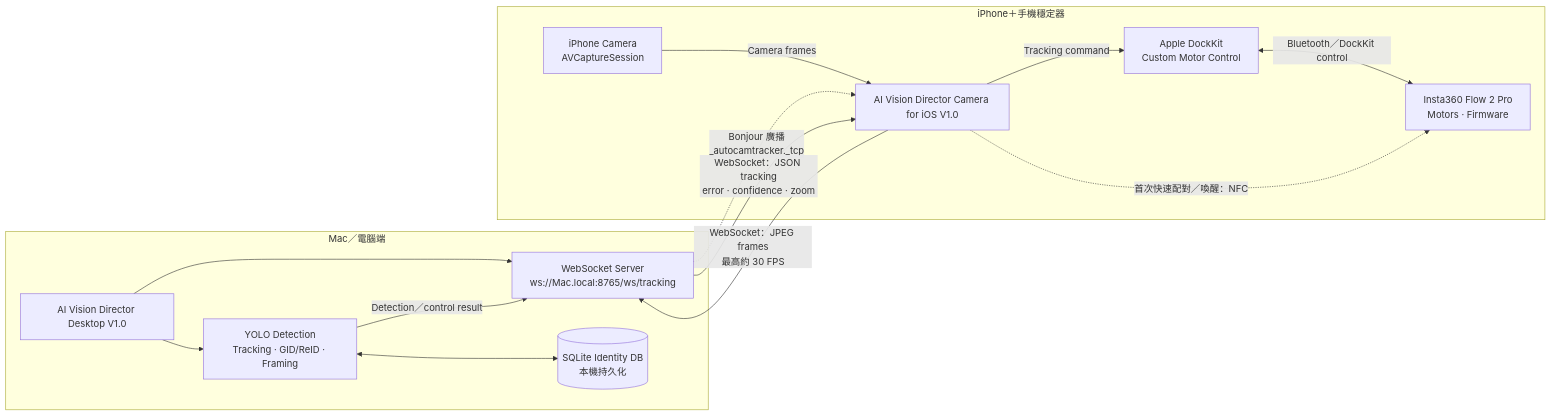
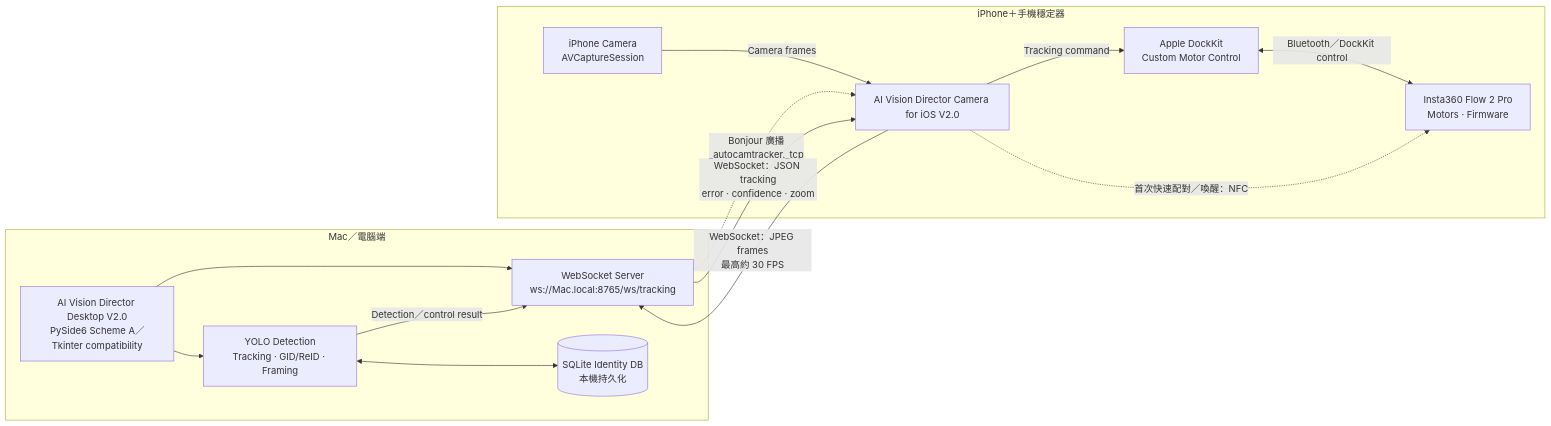
One commit to LN-676/AI-Vision-Director changed the first of 3 diagrams in README.md. Above: the diagram before and after it, drawn with Mermaid. The commit also changed other lines of this file and 10 other files, not shown here.

Commit message:
release: AI Vision Director V2.0

````diff
--- a/README.md
+++ b/README.md
@@ -22,30 +22,30 @@
 ```mermaid
 flowchart LR
     subgraph COMPUTER["Mac／電腦端"]
-        DESKTOP["AI Vision Director Desktop V1.0"]
+        DESKTOP["AI Vision Director Desktop V2.0<br/>PySide6 Scheme A／Tkinter compatibility"]
         SERVER["WebSocket Server<br/>ws://Mac.local:8765/ws/tracking"]
         AI["YOLO Detection<br/>Tracking · GID/ReID · Framing"]
         DB[("SQLite Identity DB<br/>本機持久化")]
 
         DESKTOP --> SERVER
         DESKTOP --> AI
         AI <--> DB
     end
 
     subgraph MOBILE["iPhone＋手機穩定器"]
-        IOS["AI Vision Director Camera for iOS V1.0"]
+        IOS["AI Vision Director Camera for iOS V2.0"]
         CAMERA["iPhone Camera<br/>AVCaptureSession"]
         DOCKKIT["Apple DockKit<br/>Custom Motor Control"]
         GIMBAL["Insta360 Flow 2 Pro<br/>Motors · Firmware"]
 
         CAMERA -->|"Camera frames"| IOS
         IOS -->|"Tracking command"| DOCKKIT
         DOCKKIT <-->|"Bluetooth／DockKit control"| GIMBAL
         IOS -.->|"首次快速配對／喚醒：NFC"| GIMBAL
     end
 
     SERVER -.->|"Bonjour 廣播<br/>_autocamtracker._tcp"| IOS
     IOS -->|"WebSocket：JPEG frames<br/>最高約 30 FPS"| SERVER
     SERVER -->|"WebSocket：JSON tracking<br/>error · confidence · zoom"| IOS
     AI -->|"Detection／control result"| SERVER
 ```
````
